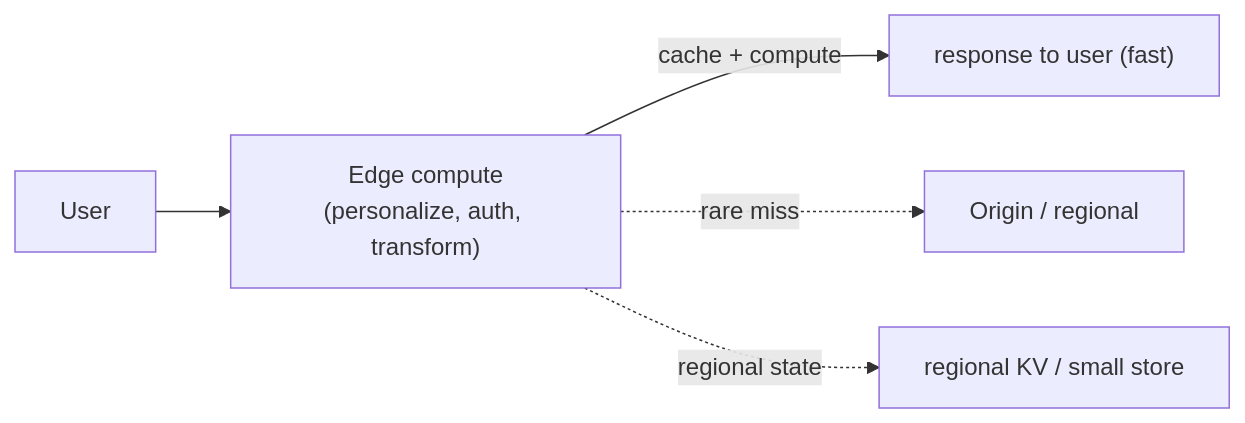
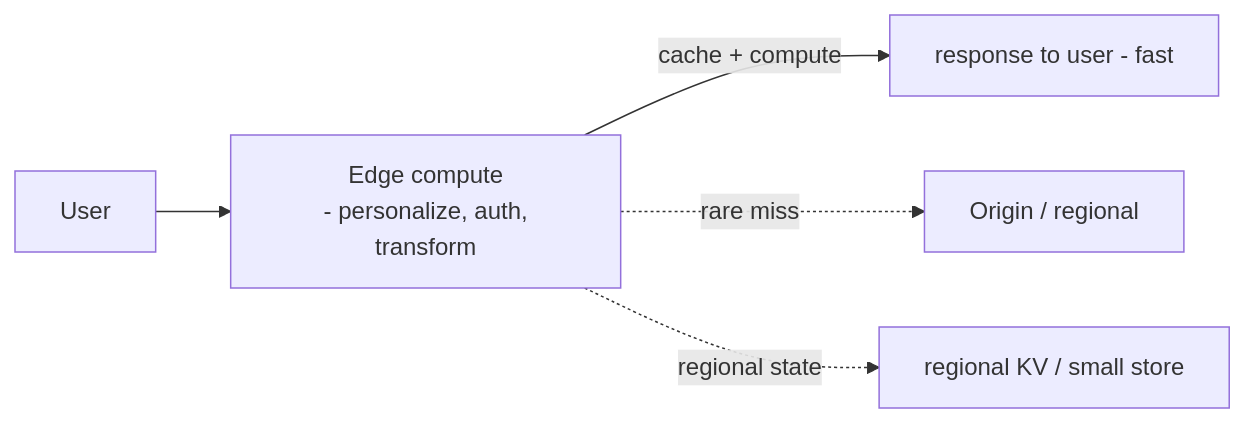
One commit to RIT-MESH/system-design-mastery changed the diagram in docs/10-extreme-scale/02-edge-compute.md. Above: the diagram before and after it, drawn with Mermaid. The commit also changed 139 other files, not shown here.

First line of the commit message:
Fix Mermaid parse errors: replace parentheses in node labels across 140 files

````diff
--- a/docs/10-extreme-scale/02-edge-compute.md
+++ b/docs/10-extreme-scale/02-edge-compute.md
@@ -17,8 +17,8 @@
 ```mermaid
 %% created-for: system-design-mastery
 flowchart LR
-  User --> Edge["Edge compute<br/>(personalize, auth, transform)"]
-  Edge -->|"cache + compute"| Resp["response to user (fast)"]
+  User --> Edge["Edge compute<br/> - personalize, auth, transform"]
+  Edge -->|"cache + compute"| Resp["response to user - fast"]
   Edge -.rare miss.-> Origin["Origin / regional"]
   Edge -.regional state.-> State["regional KV / small store"]
 ```
````
